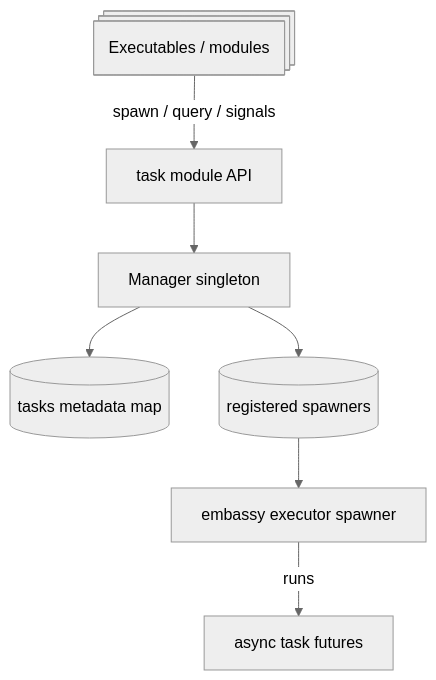
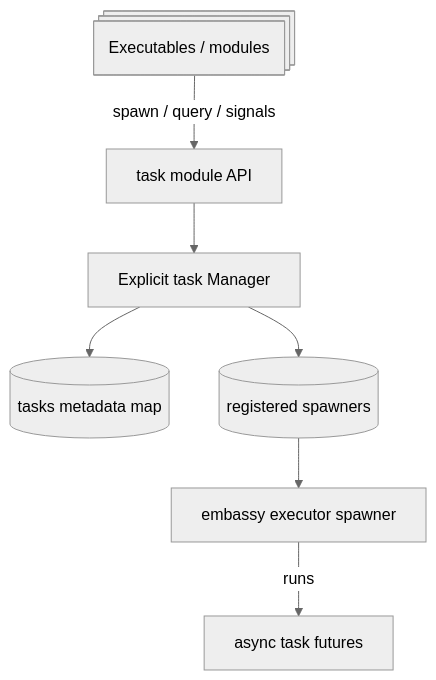
One commit to Xila-Project/Website changed the diagram in src/guide/architecture/modules/task.md. Above: the diagram before and after it, drawn with Mermaid (neutral theme). The commit also changed other lines of this file and 6 other files, not shown here.

````diff
--- a/src/guide/architecture/modules/task.md
+++ b/src/guide/architecture/modules/task.md
@@ -44,17 +44,17 @@
 ```mermaid
 graph TD
     Executables@{ shape: processes, label: "Executables / modules" }
     TaskAPI[task module API]
-    Manager[Manager singleton]
+    Manager[Explicit task Manager]
     TasksMap[(tasks metadata map)]
     SpawnersMap[(registered spawners)]
     Spawner[embassy executor spawner]
     AsyncTask[async task futures]
 
     Executables -->|spawn / query / signals| TaskAPI
     TaskAPI --> Manager
     Manager --> TasksMap
     Manager --> SpawnersMap
     SpawnersMap --> Spawner
     Spawner -->|runs| AsyncTask
 ```
````
